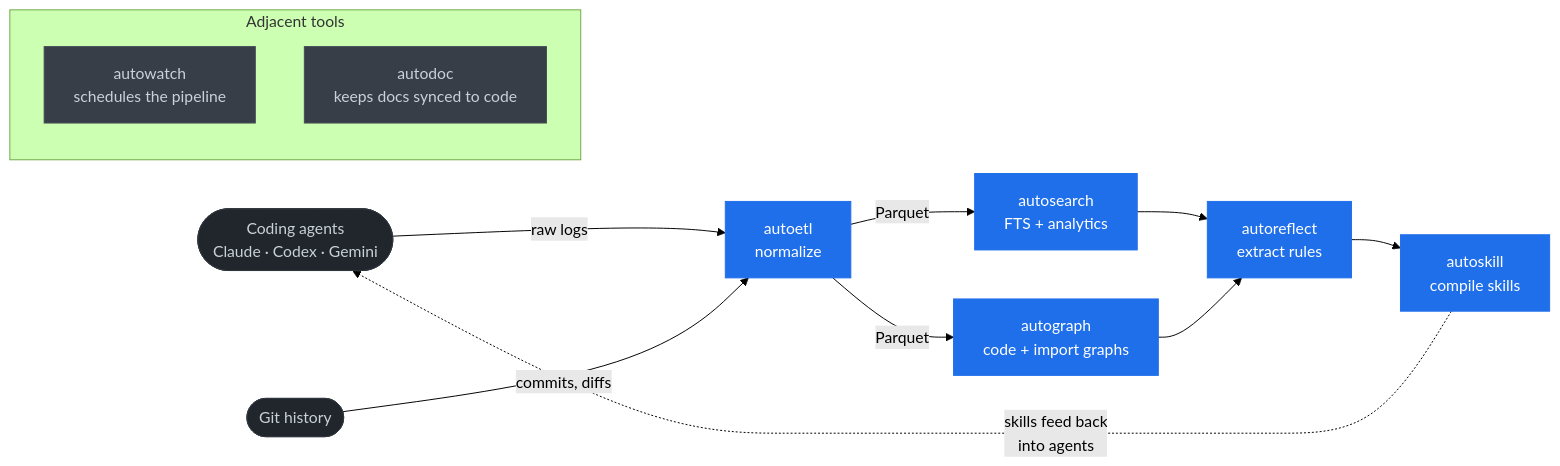
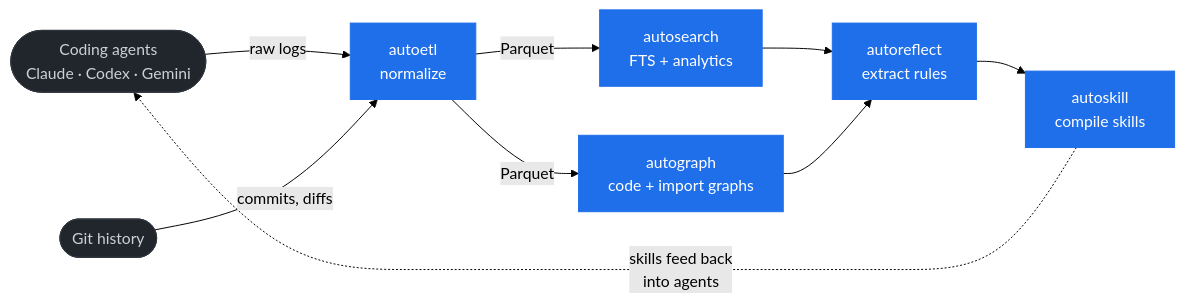
Before and after one commit to mistakenot/auto-stack: the first of 2 diagrams in README.md, drawn with Mermaid (forest theme).

Commit message:
docs(readme): drop autowatch and autodoc from hero diagram
Keep the top-level picture focused on the data-flow pipeline. Both
tools are still in the table and quickstart below.

Session-Id: ab623175-de53-49dc-b0a8-15171827e953

````diff
--- a/README.md
+++ b/README.md
@@ -7,23 +7,16 @@
 ```mermaid
 flowchart LR
     Agents([Coding agents<br/>Claude · Codex · Gemini]) -->|raw logs| ETL[autoetl<br/>normalize]
     Git([Git history]) -->|commits, diffs| ETL
     ETL -->|Parquet| Search[autosearch<br/>FTS + analytics]
     ETL -->|Parquet| Graph[autograph<br/>code + import graphs]
     Search --> Reflect[autoreflect<br/>extract rules]
     Graph --> Reflect
     Reflect --> Skill[autoskill<br/>compile skills]
     Skill -.->|skills feed back<br/>into agents| Agents
 
-    subgraph adjacent [Adjacent tools]
-        Watch[autowatch<br/>schedules the pipeline]
-        Doc[autodoc<br/>keeps docs synced to code]
-    end
-
     classDef active fill:#1f6feb,stroke:#1f6feb,color:#fff;
-    classDef aux fill:#373e47,stroke:#444c56,color:#c9d1d9;
     classDef io fill:#21262d,stroke:#30363d,color:#c9d1d9;
     class ETL,Search,Graph,Reflect,Skill active;
-    class Watch,Doc aux;
     class Agents,Git io;
 ```
````
